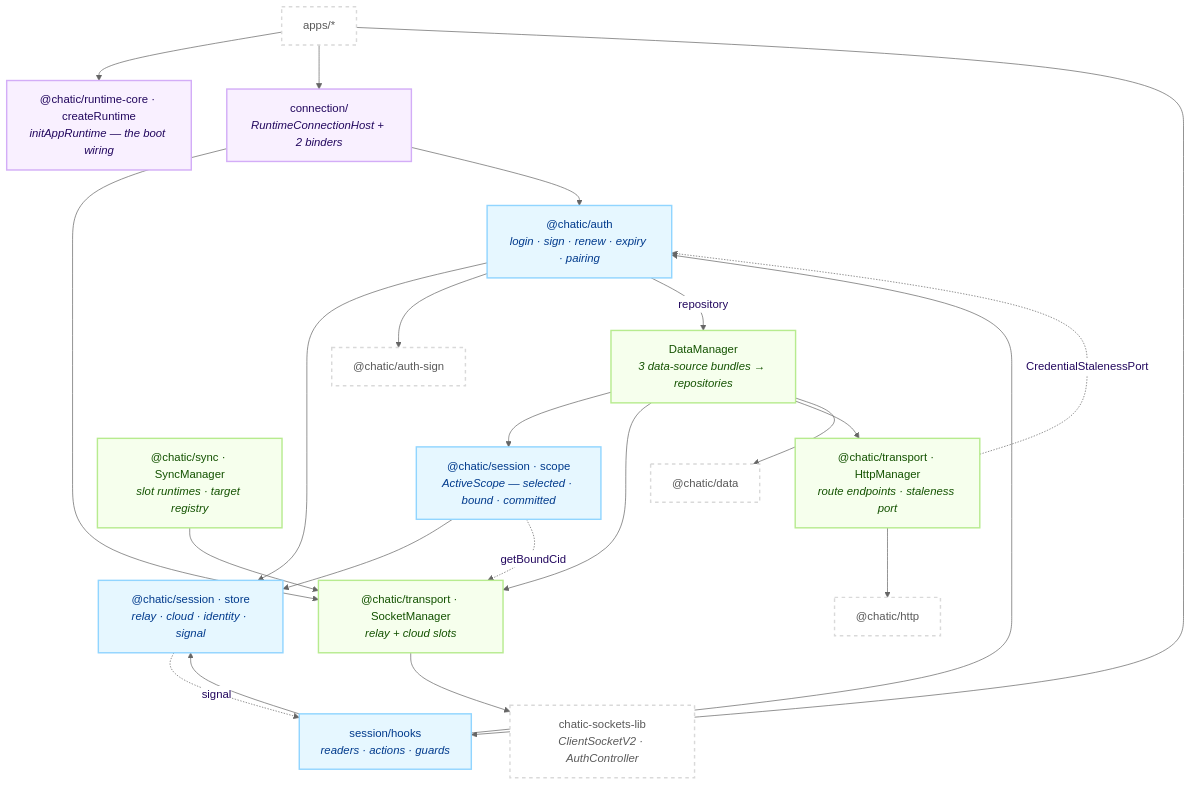
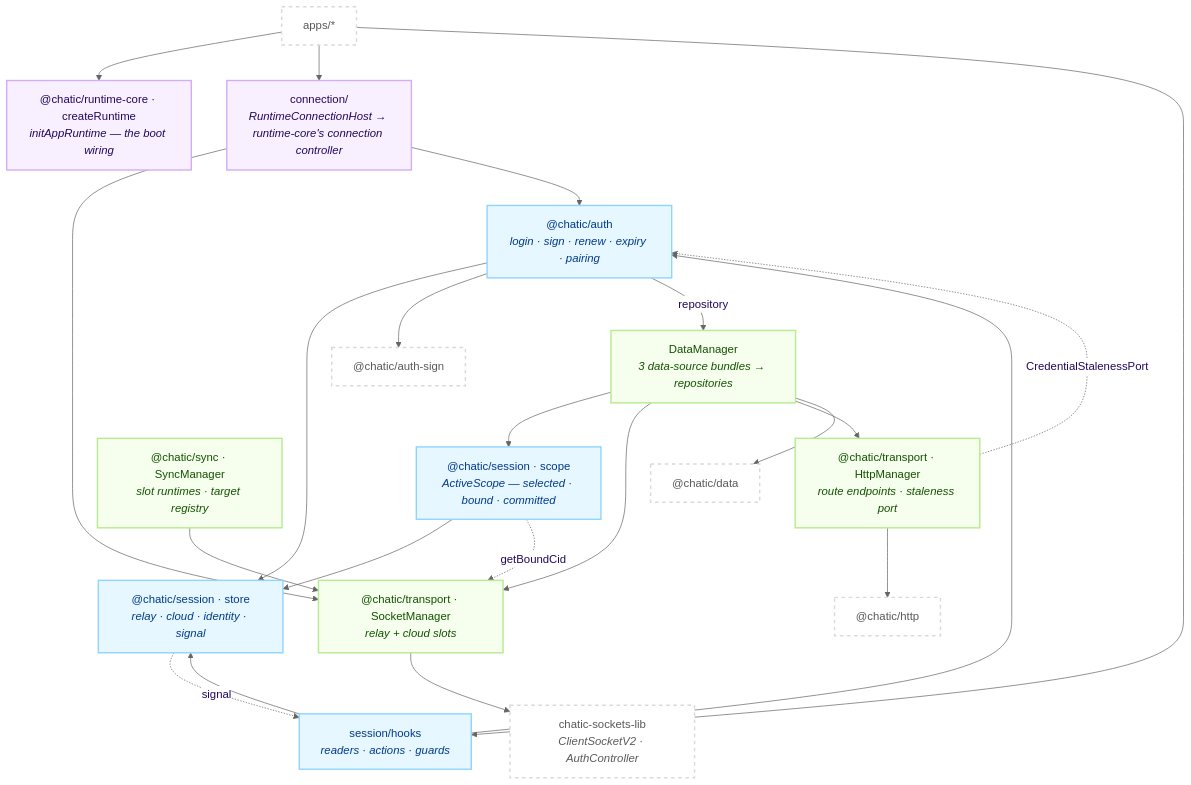
Before and after one commit to lemoncloud-io/dou-app: the first of 2 diagrams in libs/app-runtime/README.md, drawn with Mermaid (neutral theme). The commit also changed other lines of this file and 51 other files, not shown here.

First line of the commit message:
refactor(runtime-core,app-runtime): keep the connections with a controller outside react (ADR-0306)

````diff
--- a/libs/app-runtime/README.md
+++ b/libs/app-runtime/README.md
@@ -72,48 +74,48 @@
 ```mermaid
 flowchart TD
     classDef root fill:#f9f0ff,stroke:#d3adf7,stroke-width:2px,color:#22075e;
     classDef sess fill:#e6f7ff,stroke:#91d5ff,stroke-width:2px,color:#003a8c;
     classDef eng fill:#f6ffed,stroke:#b7eb8f,stroke-width:2px,color:#135200;
     classDef ext fill:#ffffff,stroke:#d9d9d9,stroke-width:2px,color:#595959,stroke-dasharray: 5 5;
 
     App["apps/*"]:::ext
     Init["@chatic/runtime-core · createRuntime<br/><i>initAppRuntime — the boot wiring</i>"]:::root
-    Host["connection/<br/><i>RuntimeConnectionHost + 2 binders</i>"]:::root
+    Host["connection/<br/><i>RuntimeConnectionHost → runtime-core's connection controller</i>"]:::root
 
     Hooks["session/hooks<br/><i>readers · actions · guards</i>"]:::sess
     Auth["@chatic/auth<br/><i>login · sign · renew · expiry · pairing</i>"]:::sess
     Store["@chatic/session · store<br/><i>relay · cloud · identity · signal</i>"]:::sess
     Scope["@chatic/session · scope<br/><i>ActiveScope — selected · bound · committed</i>"]:::sess
 
     SM["@chatic/transport · SocketManager<br/><i>relay + cloud slots</i>"]:::eng
     SyncM["@chatic/sync · SyncManager<br/><i>slot runtimes · target registry</i>"]:::eng
     HM["@chatic/transport · HttpManager<br/><i>route endpoints · staleness port</i>"]:::eng
     DM["DataManager<br/><i>3 data-source bundles → repositories</i>"]:::eng
 
     SDK["chatic-sockets-lib<br/><i>ClientSocketV2 · AuthController</i>"]:::ext
     Data["@chatic/data"]:::ext
     Http["@chatic/http"]:::ext
     Sign["@chatic/auth-sign"]:::ext
 
     App --> Init
     App --> Host
     App --> Hooks
     Host --> SM
     Host --> Auth
     Hooks --> Auth
     Hooks --> Store
     Auth --> Store
     Auth --> Sign
     Auth -->|"repository"| DM
     Scope --> Store
     Scope -.->|"getBoundCid"| SM
     Store -.->|"signal"| Hooks
     SM --> SDK
     SyncM --> SM
     DM --> Scope
     DM --> SM
     DM --> HM
     DM --> Data
     HM --> Http
     HM -.->|"CredentialStalenessPort"| Auth
 ```
````
